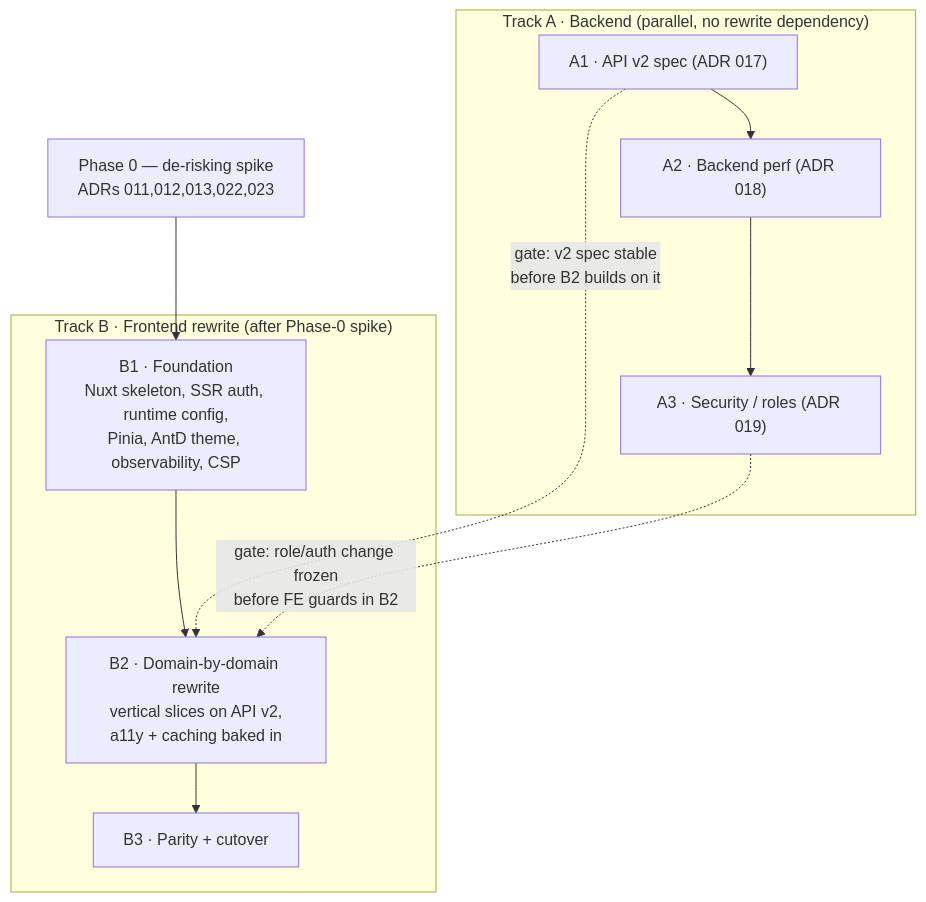
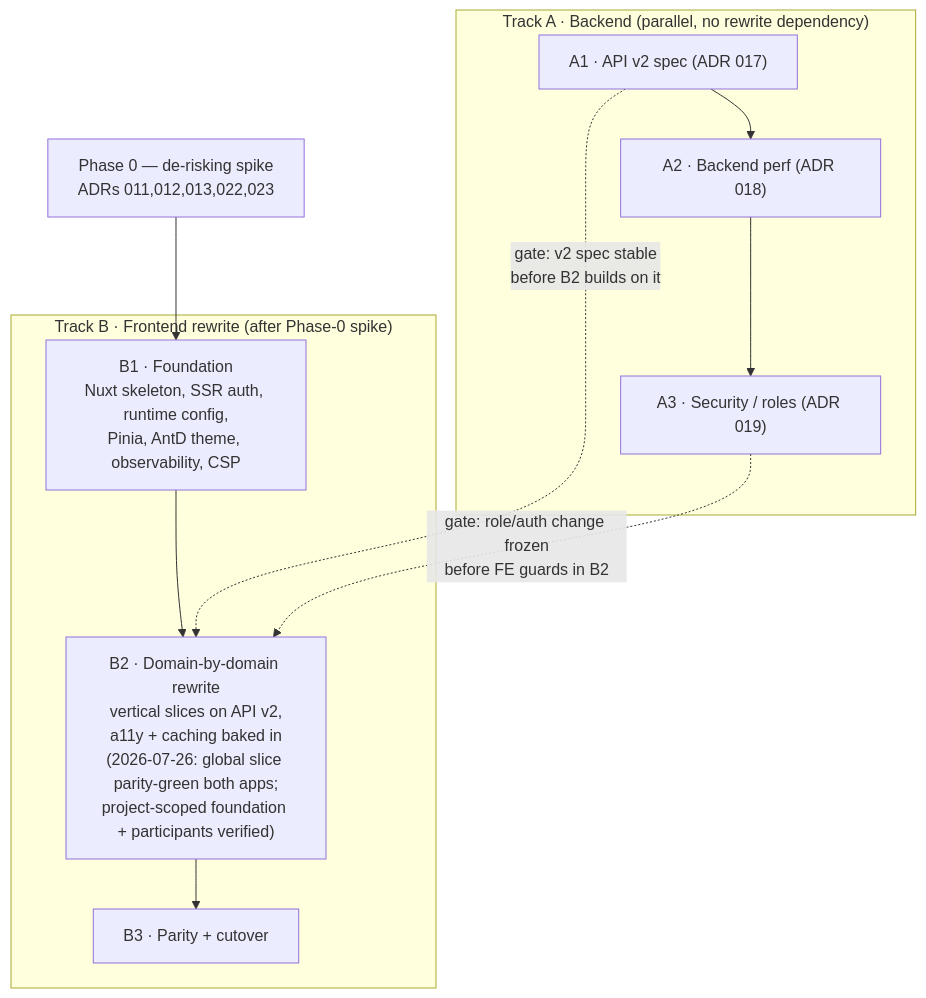
The diagram in documentation/registry/technical/migration-plan/2026-07-25-plan.md (laucoin/Documentations), drawn with Mermaid before and after one commit. The commit also changed other lines of this file and 4 other files, not shown here.

````diff
--- a/documentation/registry/technical/migration-plan/2026-07-25-plan.md
+++ b/documentation/registry/technical/migration-plan/2026-07-25-plan.md
@@ -64,22 +72,22 @@
 ```mermaid
 flowchart TB
     P0["Phase 0 — de-risking spike<br/>ADRs 011,012,013,022,023"]
 
     subgraph A["Track A · Backend (parallel, no rewrite dependency)"]
       A1["A1 · API v2 spec (ADR 017)"]
       A2["A2 · Backend perf (ADR 018)"]
       A3["A3 · Security / roles (ADR 019)"]
       A1 --> A2 --> A3
     end
 
     subgraph B["Track B · Frontend rewrite (after Phase-0 spike)"]
       B1["B1 · Foundation<br/>Nuxt skeleton, SSR auth, runtime config,<br/>Pinia, AntD theme, observability, CSP"]
-      B2["B2 · Domain-by-domain rewrite<br/>vertical slices on API v2,<br/>a11y + caching baked in"]
+      B2["B2 · Domain-by-domain rewrite<br/>vertical slices on API v2,<br/>a11y + caching baked in<br/>(2026-07-26: global slice parity-green both apps;<br/>project-scoped foundation + participants verified)"]
       B3["B3 · Parity + cutover"]
       B1 --> B2 --> B3
     end
 
     P0 --> B1
     A1 -. "gate: v2 spec stable<br/>before B2 builds on it" .-> B2
     A3 -. "gate: role/auth change frozen<br/>before FE guards in B2" .-> B2
 ```
````
